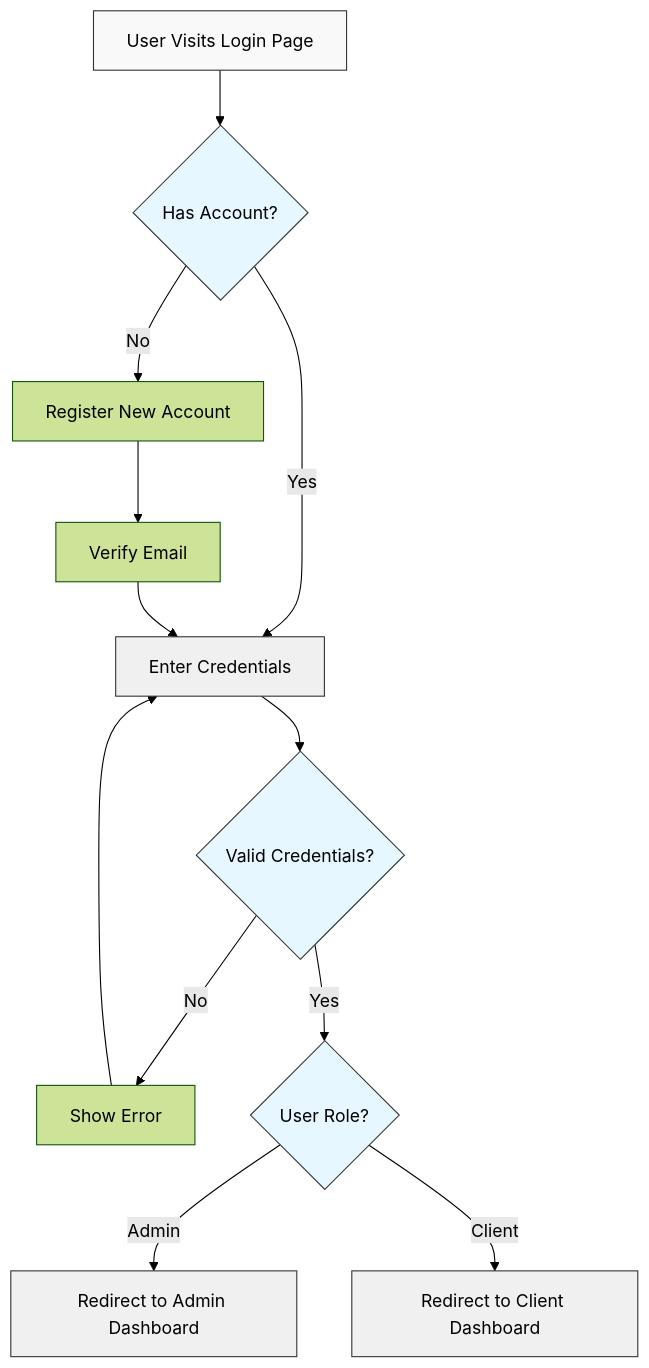
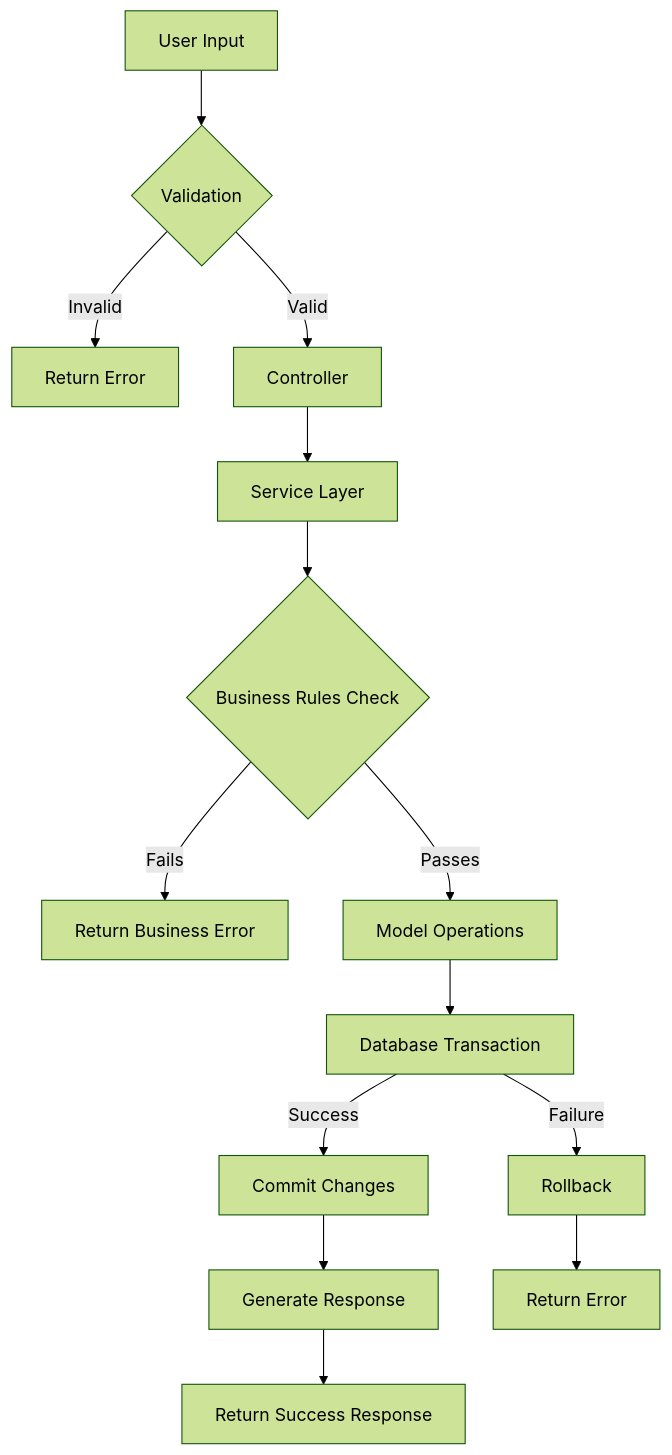
The fourth of 4 diagrams in backend-documentation.md (harkoussomar/cinema-system-management), drawn with Mermaid (forest theme) before and after one commit. The commit also changed other lines of this file and 43 other files, not shown here.

````diff
--- a/backend-documentation.md
+++ b/backend-documentation.md
@@ -229,22 +374,21 @@
 ```mermaid
-graph TD
-    A[User Visits Login Page] --> B{Has Account?}
-    B -->|Yes| C[Enter Credentials]
-    B -->|No| D[Register New Account]
-    D --> E[Verify Email]
-    E --> C
-    C --> F{Valid Credentials?}
-    F -->|No| G[Show Error]
-    G --> C
-    F -->|Yes| H{User Role?}
-    H -->|Admin| I[Redirect to Admin Dashboard]
-    H -->|Client| J[Redirect to Client Dashboard]
+flowchart TD
+    A[User Input] --> B{Validation}
+    B -->|Invalid| C[Return Error]
+    B -->|Valid| D[Controller]
 
-    style A fill:#f9f9f9,stroke:#333,stroke-width:1px
-    style B fill:#e6f7ff,stroke:#333,stroke-width:1px
-    style C fill:#f0f0f0,stroke:#333,stroke-width:1px
-    style F fill:#e6f7ff,stroke:#333,stroke-width:1px
-    style H fill:#e6f7ff,stroke:#333,stroke-width:1px
-    style I fill:#f0f0f0,stroke:#333,stroke-width:1px
-    style J fill:#f0f0f0,stroke:#333,stroke-width:1px
+    D --> E[Service Layer]
+    E --> F{Business Rules Check}
+
+    F -->|Fails| G[Return Business Error]
+    F -->|Passes| H[Model Operations]
+
+    H --> I[Database Transaction]
+    I -->|Success| J[Commit Changes]
+    I -->|Failure| K[Rollback]
+
+    J --> L[Generate Response]
+    K --> M[Return Error]
+
+    L --> N[Return Success Response]
 ```
````
